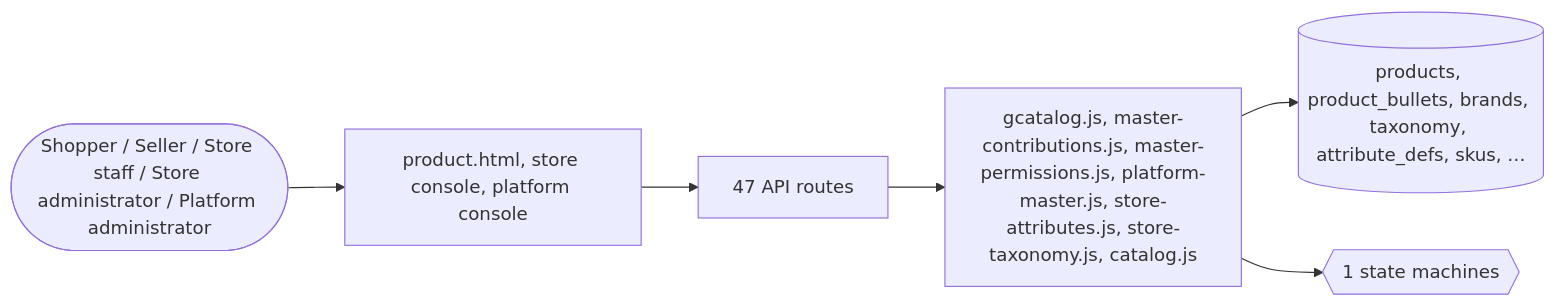
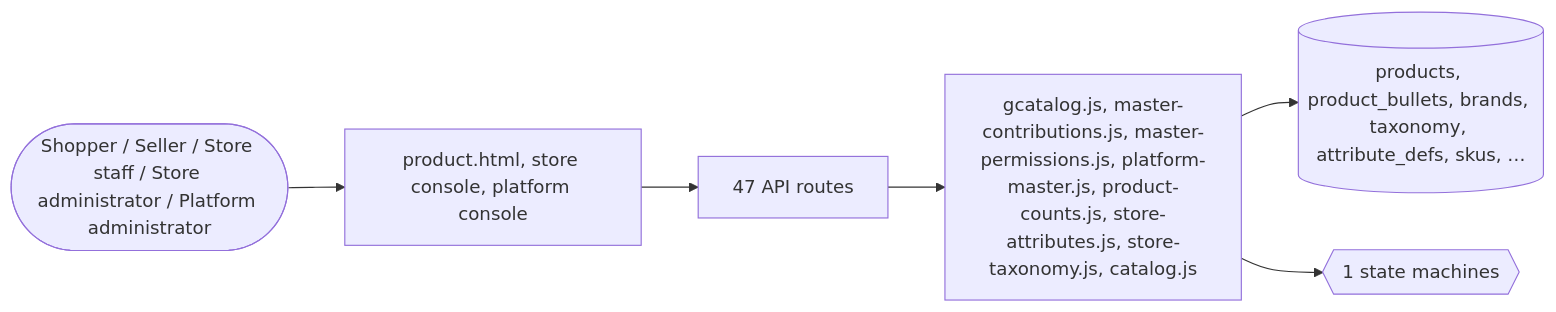
The second of 2 diagrams in docs/domains/catalog.md (echelonxventures-Projects/universal-product), drawn with Mermaid before and after one commit. The commit also changed other lines of this file and 18 other files, not shown here.

````diff
--- a/docs/domains/catalog.md
+++ b/docs/domains/catalog.md
@@ -253,8 +254,8 @@
 ```mermaid
 flowchart LR
   U([Shopper / Seller / Store staff / Store administrator / Platform administrator]) --> UI[product.html, store console, platform console]
   UI --> API[47 API routes]
-  API --> ENG[gcatalog.js, master-contributions.js, master-permissions.js, platform-master.js, store-attributes.js, store-taxonomy.js, catalog.js]
+  API --> ENG[gcatalog.js, master-contributions.js, master-permissions.js, platform-master.js, product-counts.js, store-attributes.js, store-taxonomy.js, catalog.js]
   ENG --> DB[(products, product_bullets, brands, taxonomy, attribute_defs, skus, …)]
   ENG --> SM{{1 state machines}}
 ```
````
